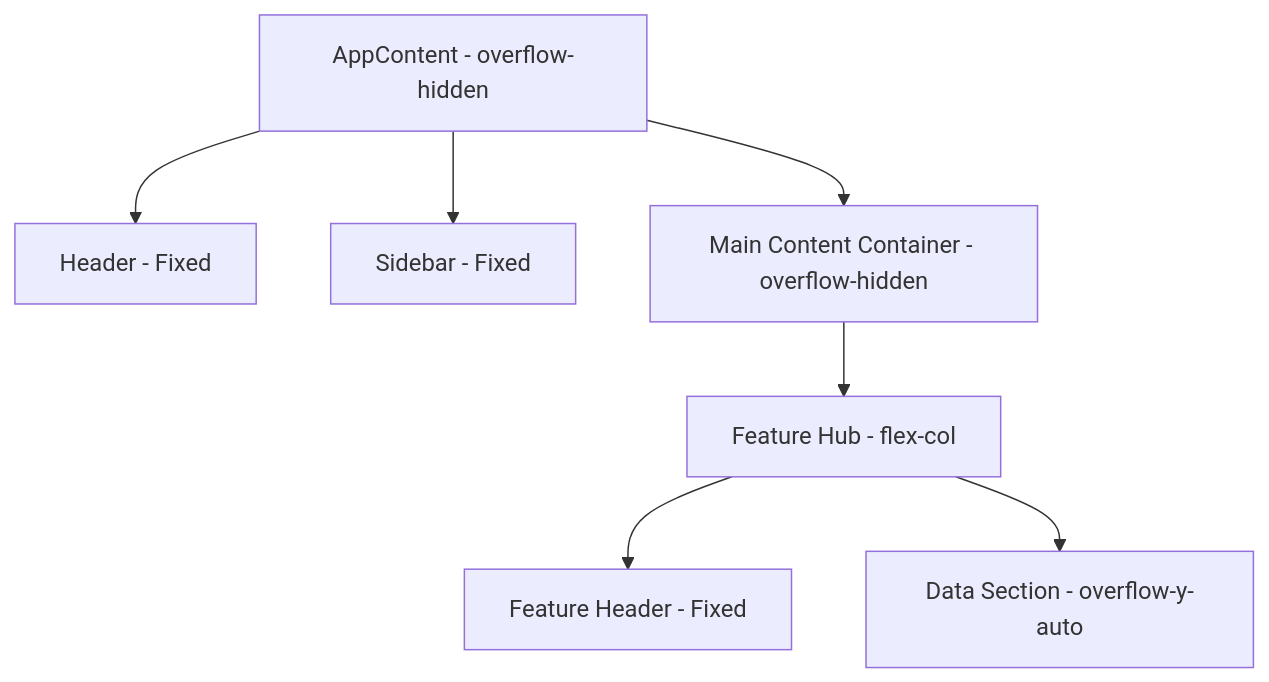
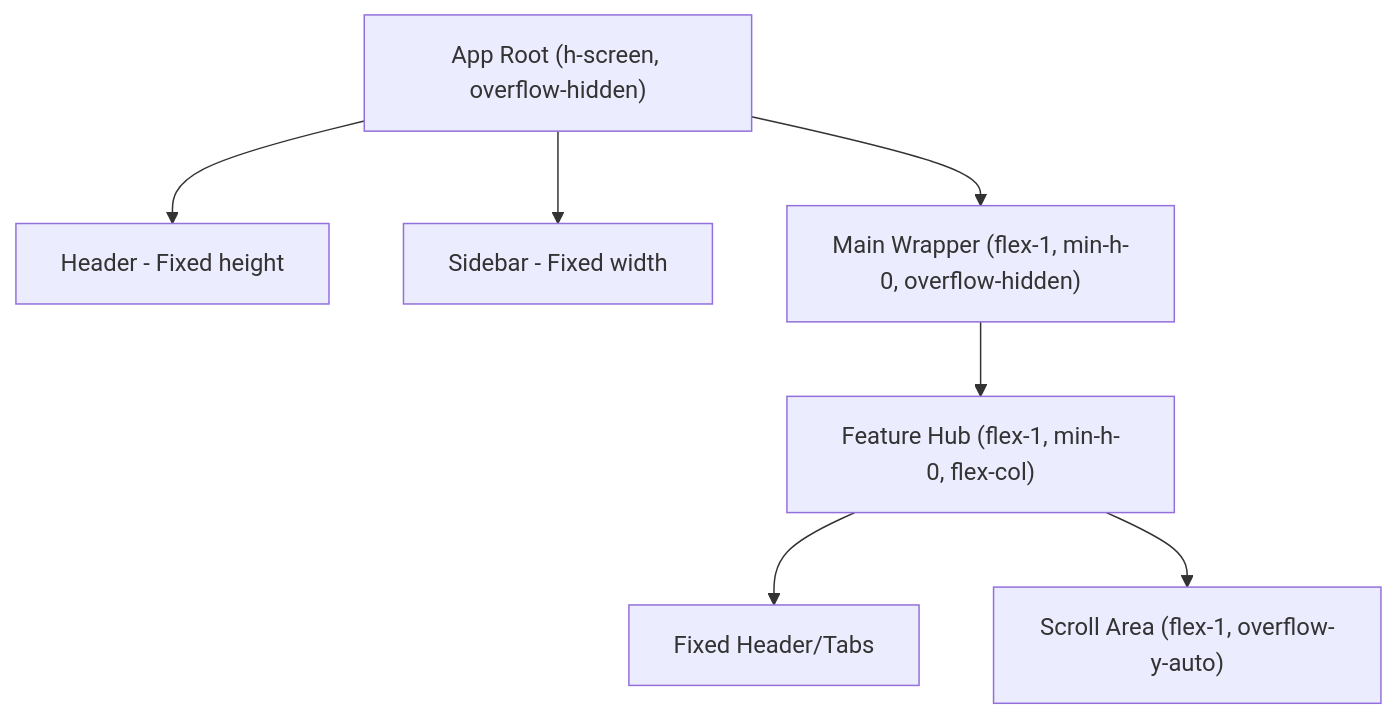
One commit to CELAEST/celaest-dashboard changed the diagram in CELAEST_LAYOUT_GUIDE.md. Above: the diagram before and after it, drawn with Mermaid. The commit also changed other lines of this file and 35 other files, not shown here.

````diff
--- a/CELAEST_LAYOUT_GUIDE.md
+++ b/CELAEST_LAYOUT_GUIDE.md
@@ -17,9 +26,9 @@
 ```mermaid
 graph TD
-    App[AppContent - overflow-hidden] --> Header[Header - Fixed]
-    App --> Sidebar[Sidebar - Fixed]
-    App --> Main[Main Content Container - overflow-hidden]
-    Main --> FeatureHub[Feature Hub - flex-col]
-    FeatureHub --> FeatureHeader[Feature Header - Fixed]
-    FeatureHub --> ScrollArea[Data Section - overflow-y-auto]
+    App["App Root (h-screen, overflow-hidden)"] --> Header[Header - Fixed height]
+    App --> Sidebar[Sidebar - Fixed width]
+    App --> Main["Main Wrapper (flex-1, min-h-0, overflow-hidden)"]
+    Main --> Feature["Feature Hub (flex-1, min-h-0, flex-col)"]
+    Feature --> FHeader[Fixed Header/Tabs]
+    Feature --> ContentArea["Scroll Area (flex-1, overflow-y-auto)"]
 ```
````
